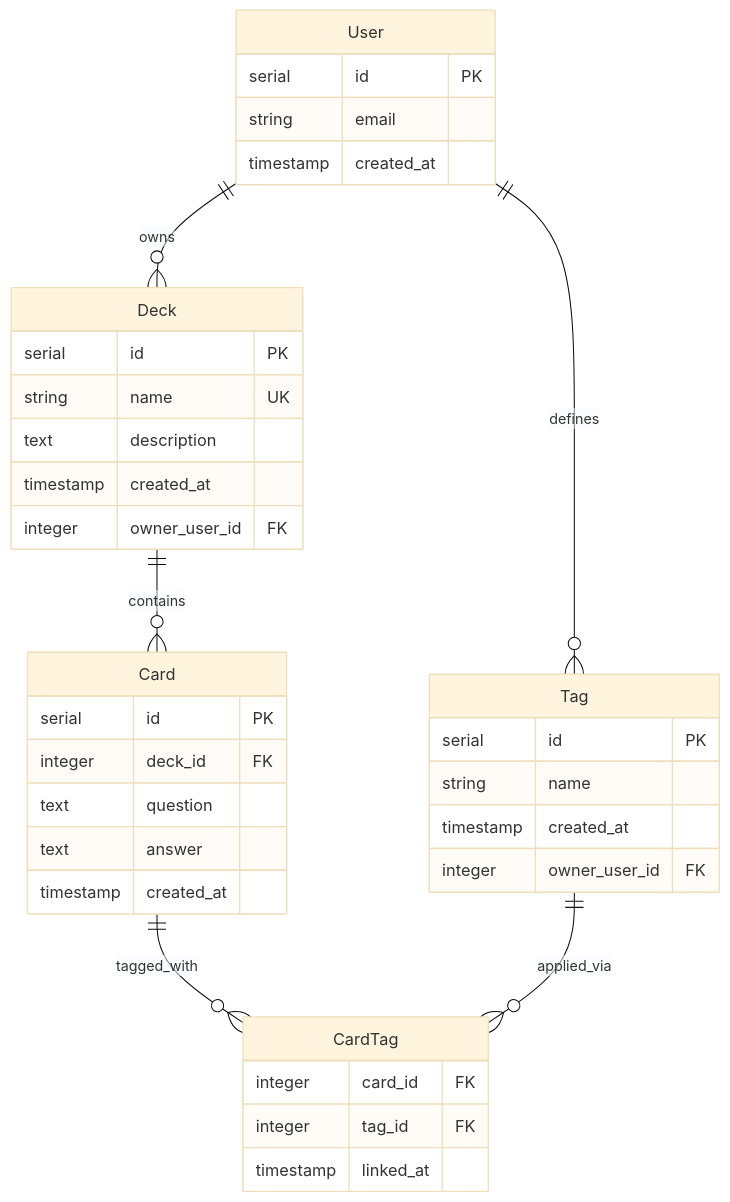
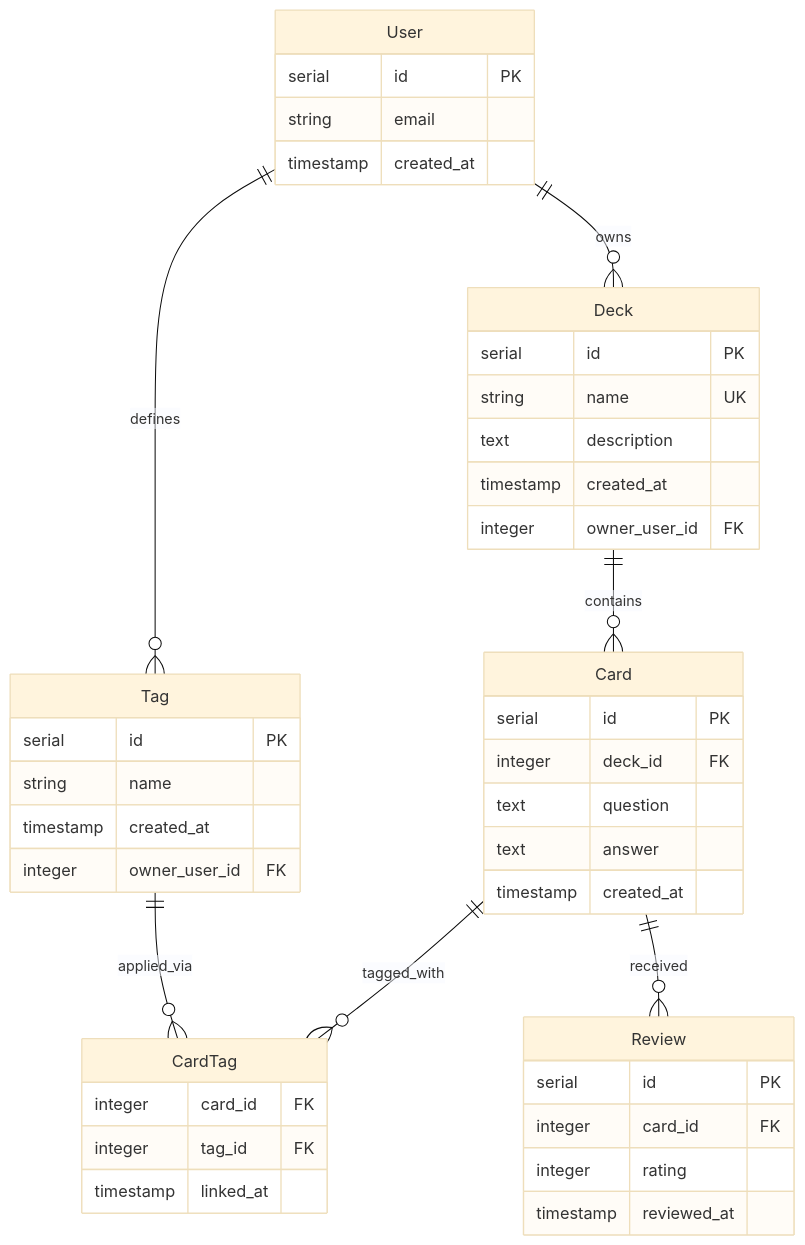
The diagram in design/er-diagram.md (nooavon/study-tracker), drawn with Mermaid (base theme) before and after one commit. The commit also changed other lines of this file and 2 other files, not shown here.

Commit message:
Started to implement review function

````diff
--- a/design/er-diagram.md
+++ b/design/er-diagram.md
@@ -20,43 +20,51 @@
 ```mermaid
 erDiagram
     User {
         serial id PK
         string email
         timestamp created_at
     }
 
     Deck {
         serial id PK
         string name UK
         text description
         timestamp created_at
         integer owner_user_id FK
     }
 
     Card {
         serial id PK
         integer deck_id FK
         text question
         text answer
         timestamp created_at
     }
 
     Tag {
         serial id PK
         string name
         timestamp created_at
         integer owner_user_id FK
     }
 
     CardTag {
         integer card_id FK
         integer tag_id FK
         timestamp linked_at
     }
 
+    Review {
+        serial id PK
+        integer card_id FK
+        integer rating
+        timestamp reviewed_at
+    }
+
     User ||--o{ Deck : owns
     User ||--o{ Tag : defines
     Deck ||--o{ Card : contains
     Card ||--o{ CardTag : tagged_with
     Tag ||--o{ CardTag : applied_via
+    Card ||--o{ Review : received
 ```
````
